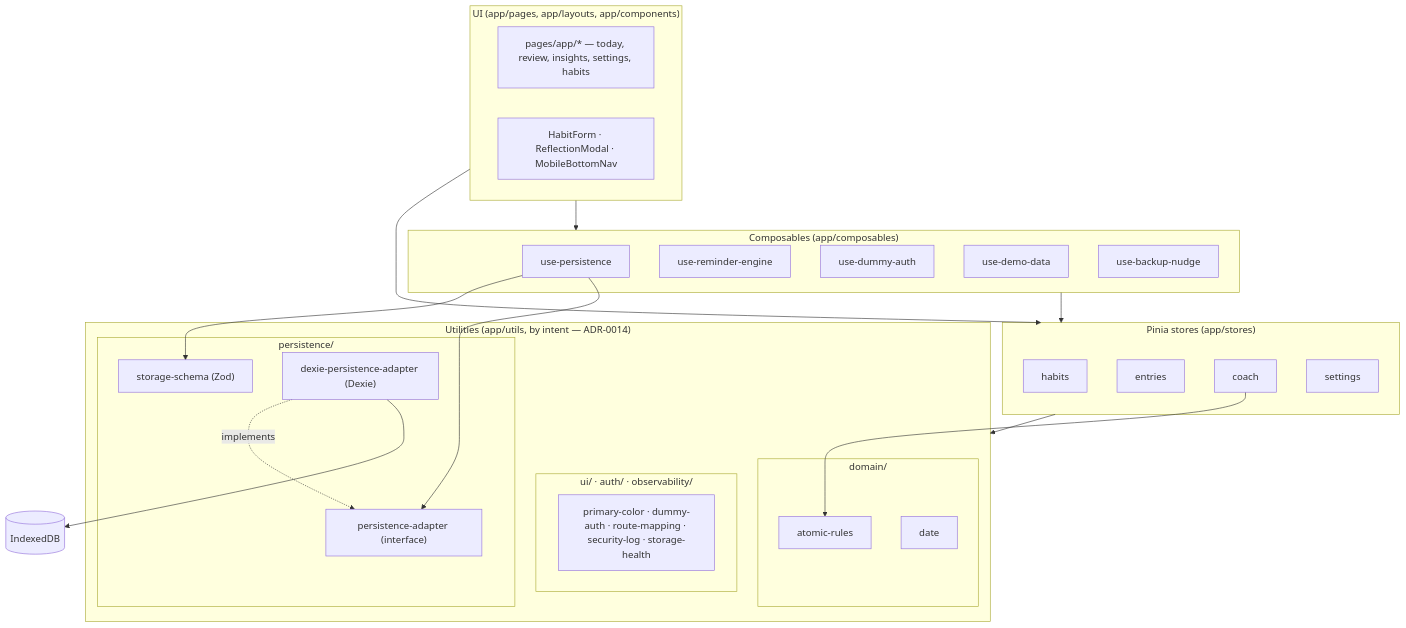
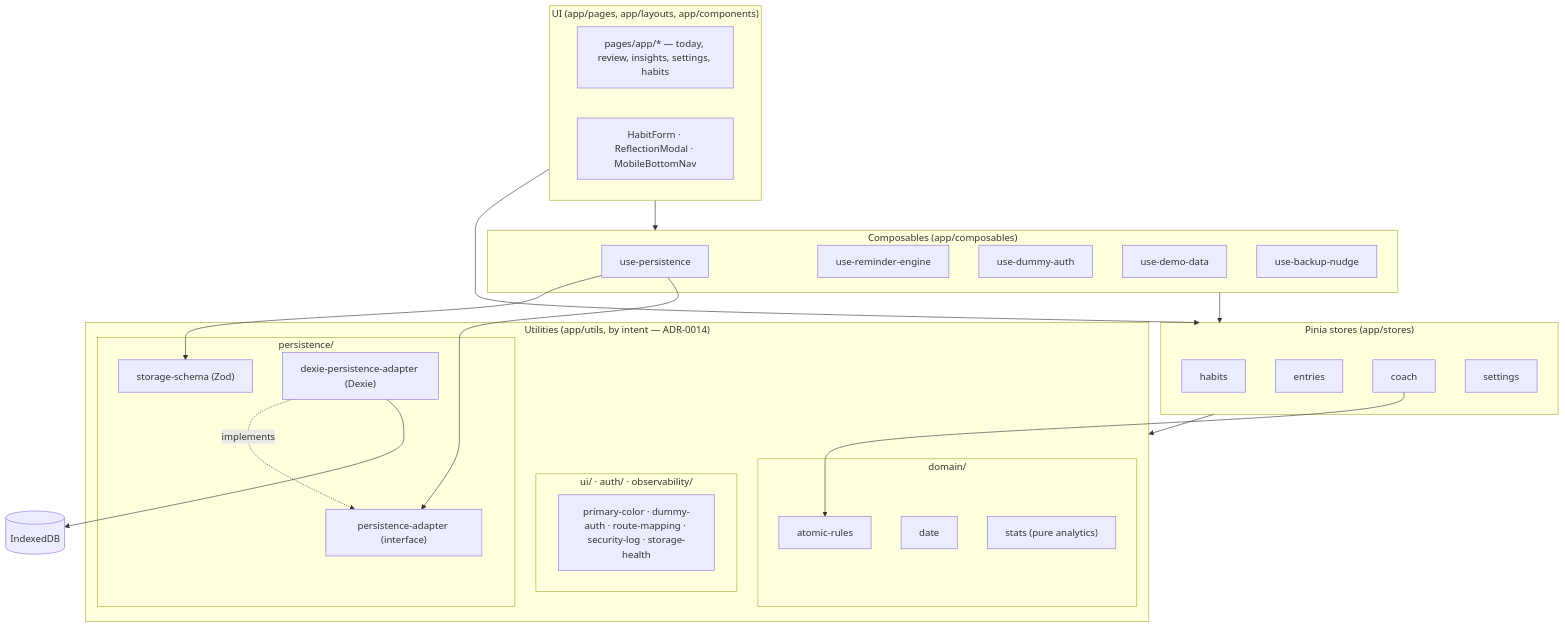
The first of 3 diagrams in docs/architecture.md (dinooo13/habit-tracker), drawn with Mermaid before and after one commit. The commit also changed 8 other files, not shown here.

````diff
--- a/docs/architecture.md
+++ b/docs/architecture.md
@@ -13,49 +13,50 @@
 ```mermaid
 flowchart TD
   subgraph UI["UI (app/pages, app/layouts, app/components)"]
     pages["pages/app/* — today, review, insights, settings, habits"]
     comps["HabitForm · ReflectionModal · MobileBottomNav"]
   end
 
   subgraph Stores["Pinia stores (app/stores)"]
     habits["habits"]
     entries["entries"]
     coach["coach"]
     settings["settings"]
   end
 
   subgraph Composables["Composables (app/composables)"]
     persistence["use-persistence"]
     reminders["use-reminder-engine"]
     auth["use-dummy-auth"]
     demo["use-demo-data"]
     backup["use-backup-nudge"]
   end
 
   subgraph Utils["Utilities (app/utils, by intent — ADR-0014)"]
     subgraph UDomain["domain/"]
       rules["atomic-rules"]
       date["date"]
+      stats["stats (pure analytics)"]
     end
     subgraph UPersist["persistence/"]
       schema["storage-schema (Zod)"]
       adapter["persistence-adapter (interface)"]
       dexie["dexie-persistence-adapter (Dexie)"]
     end
     subgraph UOther["ui/ · auth/ · observability/"]
       other["primary-color · dummy-auth · route-mapping · security-log · storage-health"]
     end
   end
 
   Storage[("IndexedDB")]
 
   UI --> Stores
   UI --> Composables
   Stores --> Utils
   Composables --> Stores
   persistence --> schema
   persistence --> adapter
   dexie -. implements .-> adapter
   dexie --> Storage
   coach --> rules
 ```
````
